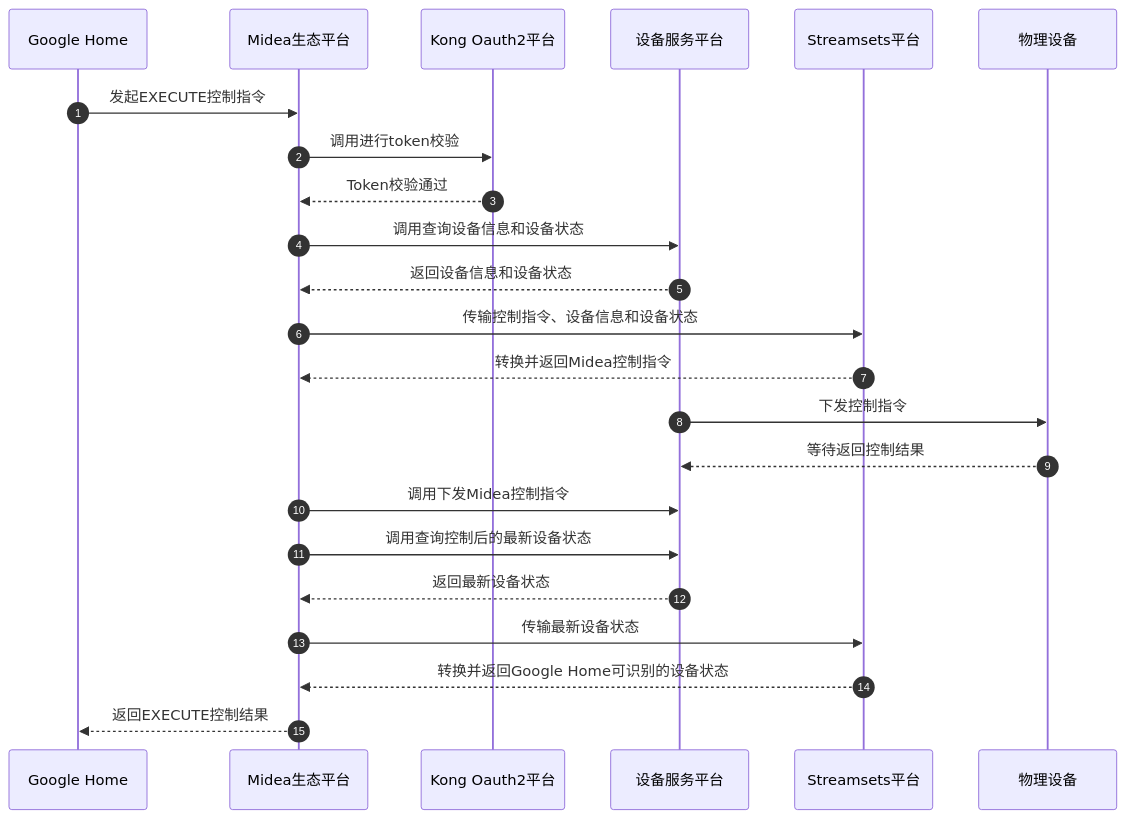
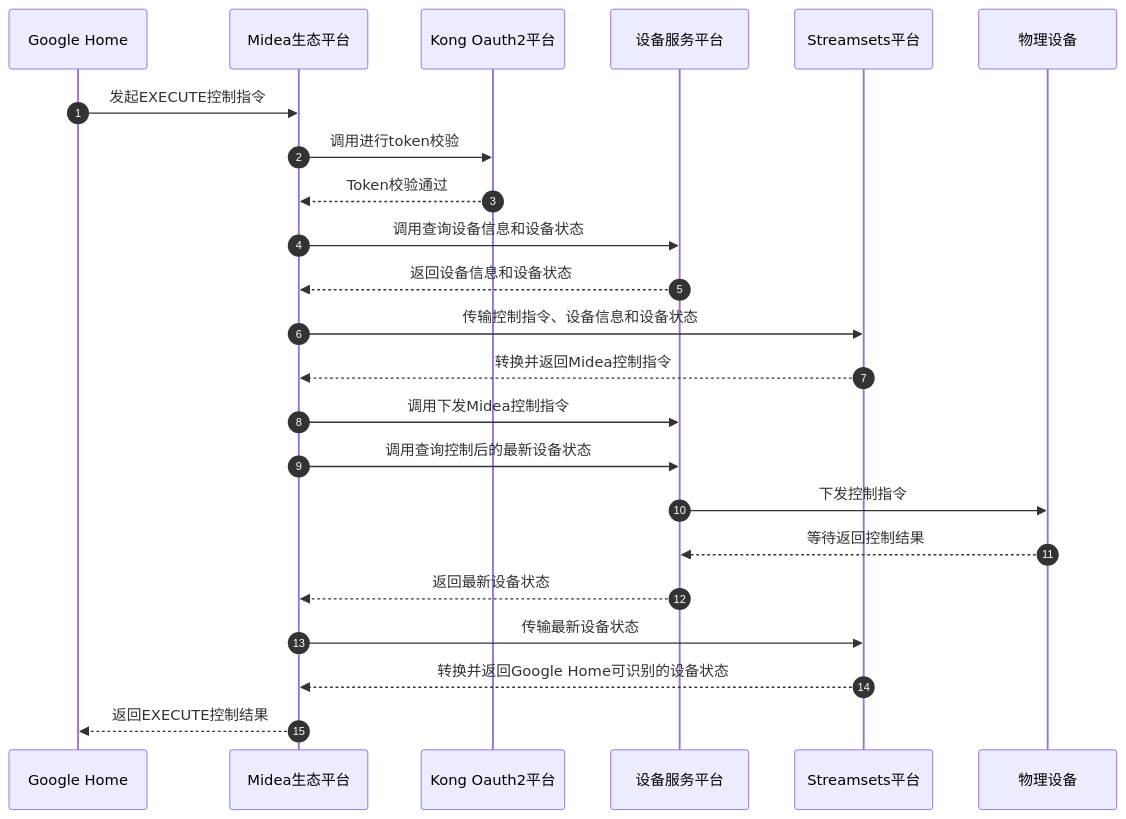
Before and after one commit to ixiaoyang8/iodraw-files: the diagram in all/google home调用链路.md, drawn with Mermaid. The commit also changed other lines of this file, not shown here.

````diff
--- a/all/google home调用链路.md
+++ b/all/google home调用链路.md
@@ -1,28 +1,28 @@
 ```mermaid
 sequenceDiagram
     autonumber
     participant GoogleHome as Google Home
     participant MideaEco as Midea生态平台
     participant KongOAuth as Kong Oauth2平台
     participant DevService as 设备服务平台
     participant Streamsets as Streamsets平台
     participant Device as 物理设备
     
 
     GoogleHome->>MideaEco: 发起EXECUTE控制指令
     MideaEco->>KongOAuth: 调用进行token校验
     KongOAuth-->>MideaEco: Token校验通过
     MideaEco->>DevService: 调用查询设备信息和设备状态
     DevService-->>MideaEco: 返回设备信息和设备状态
     MideaEco->>Streamsets: 传输控制指令、设备信息和设备状态
     Streamsets-->>MideaEco: 转换并返回Midea控制指令
+    MideaEco->>DevService: 调用下发Midea控制指令
+    MideaEco->>DevService: 调用查询控制后的最新设备状态
     DevService->>Device: 下发控制指令
     Device-->>DevService: 等待返回控制结果
-    MideaEco->>DevService: 调用下发Midea控制指令
-    MideaEco->>DevService: 调用查询控制后的最新设备状态
     DevService-->>MideaEco: 返回最新设备状态
     MideaEco->>Streamsets: 传输最新设备状态
     Streamsets-->>MideaEco: 转换并返回Google Home可识别的设备状态
     MideaEco-->>GoogleHome: 返回EXECUTE控制结果
 
 ```
````
